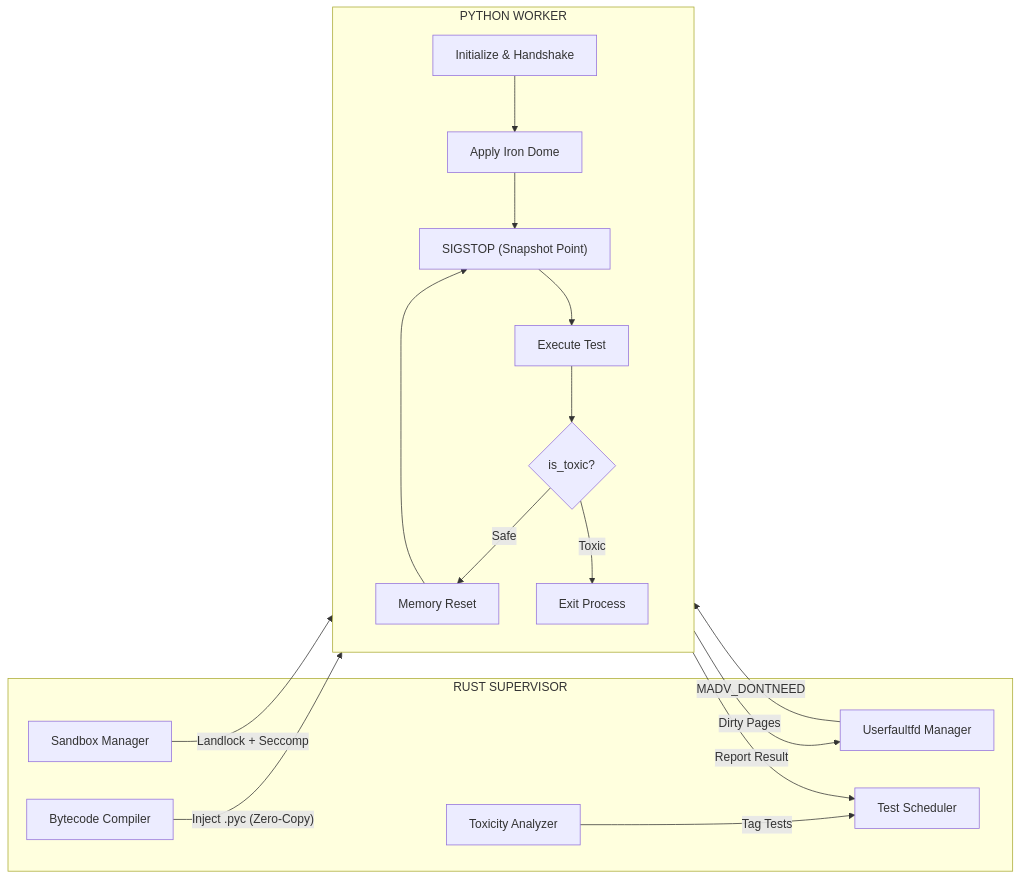
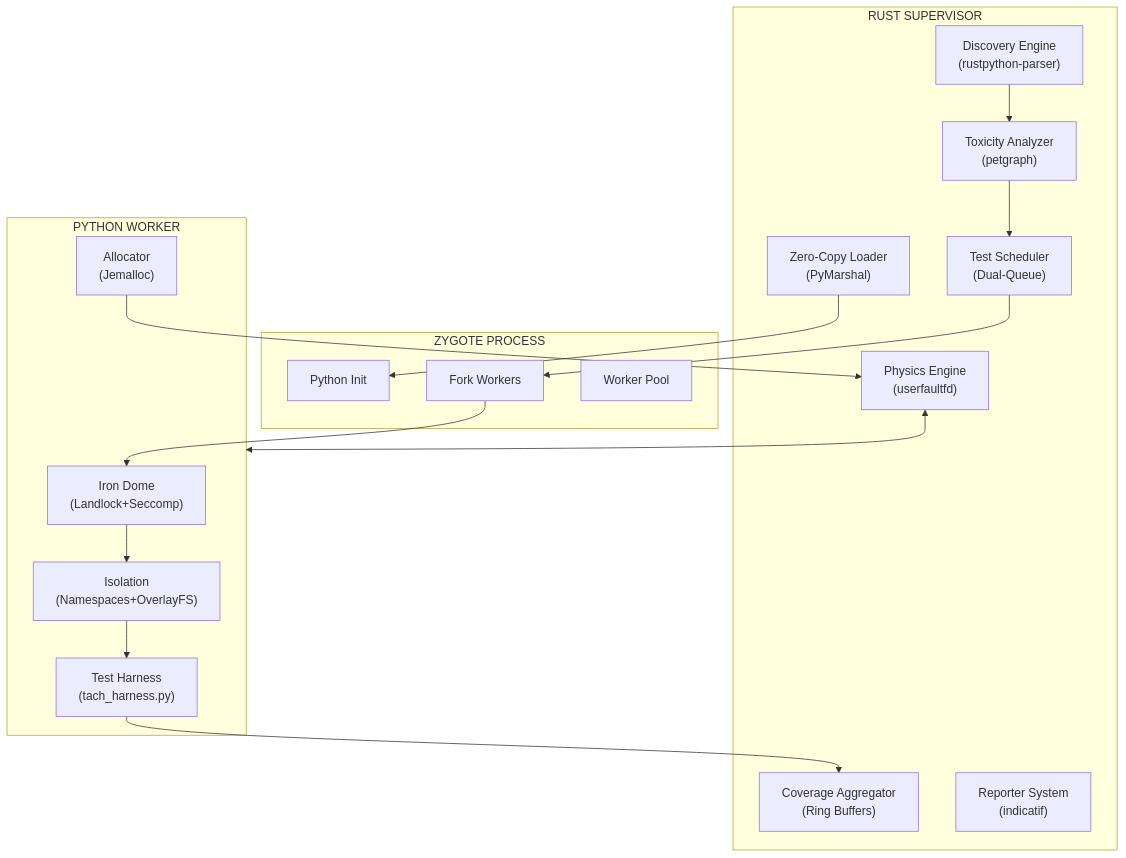
The second of 2 diagrams in README.md (NikkeTryHard/tach-core), drawn with Mermaid before and after one commit. The commit also changed other lines of this file and 23 other files, not shown here.

First line of the commit message:
docs: restructure documentation into modular architecture

````diff
--- a/README.md
+++ b/README.md
@@ -115,34 +92,33 @@
 ```mermaid
-flowchart LR
+flowchart TB
     subgraph Supervisor["RUST SUPERVISOR"]
-        Compiler["Bytecode Compiler"]
-        Uffd["Userfaultfd Manager"]
-        Scheduler["Test Scheduler"]
-        ToxicityGraph["Toxicity Analyzer"]
-        Sandbox["Sandbox Manager"]
+        Discovery["Discovery Engine<br/>(rustpython-parser)"]
+        Toxicity["Toxicity Analyzer<br/>(petgraph)"]
+        Loader["Zero-Copy Loader<br/>(PyMarshal)"]
+        Scheduler["Test Scheduler<br/>(Dual-Queue)"]
+        Snapshot["Physics Engine<br/>(userfaultfd)"]
+        Coverage["Coverage Aggregator<br/>(Ring Buffers)"]
+        Reporter["Reporter System<br/>(indicatif)"]
+    end
+
+    subgraph Zygote["ZYGOTE PROCESS"]
+        Init["Python Init"]
+        Fork["Fork Workers"]
+        Pool["Worker Pool"]
     end
 
     subgraph Worker["PYTHON WORKER"]
-        direction TB
-        Init["Initialize & Handshake"]
-        IronDome["Apply Iron Dome"]
-        Snapshot["SIGSTOP (Snapshot Point)"]
-        Run["Execute Test"]
-        Decision{is_toxic?}
-        Reset["Memory Reset"]
-        Exit["Exit Process"]
+        Sandbox["Iron Dome<br/>(Landlock+Seccomp)"]
+        Isolation["Isolation<br/>(Namespaces+OverlayFS)"]
+        Harness["Test Harness<br/>(tach_harness.py)"]
+        Allocator["Allocator<br/>(Jemalloc)"]
     end
 
-    Compiler -->|"Inject .pyc (Zero-Copy)"| Init
-    ToxicityGraph -->|"Tag Tests"| Scheduler
-    Sandbox -->|"Landlock + Seccomp"| IronDome
-    Init --> IronDome --> Snapshot
-    Snapshot --> Run
-    Run -->|"Report Result"| Scheduler
-    Run --> Decision
-    Decision -->|"Safe"| Reset
-    Decision -->|"Toxic"| Exit
-    Reset -->|"Dirty Pages"| Uffd
-    Uffd -->|"MADV_DONTNEED"| Reset
-    Reset --> Snapshot
+    Discovery --> Toxicity --> Scheduler
+    Loader --> Init
+    Scheduler --> Fork
+    Fork --> Sandbox --> Isolation --> Harness
+    Harness --> Coverage
+    Snapshot <--> Worker
+    Allocator --> Snapshot
 ```
````
